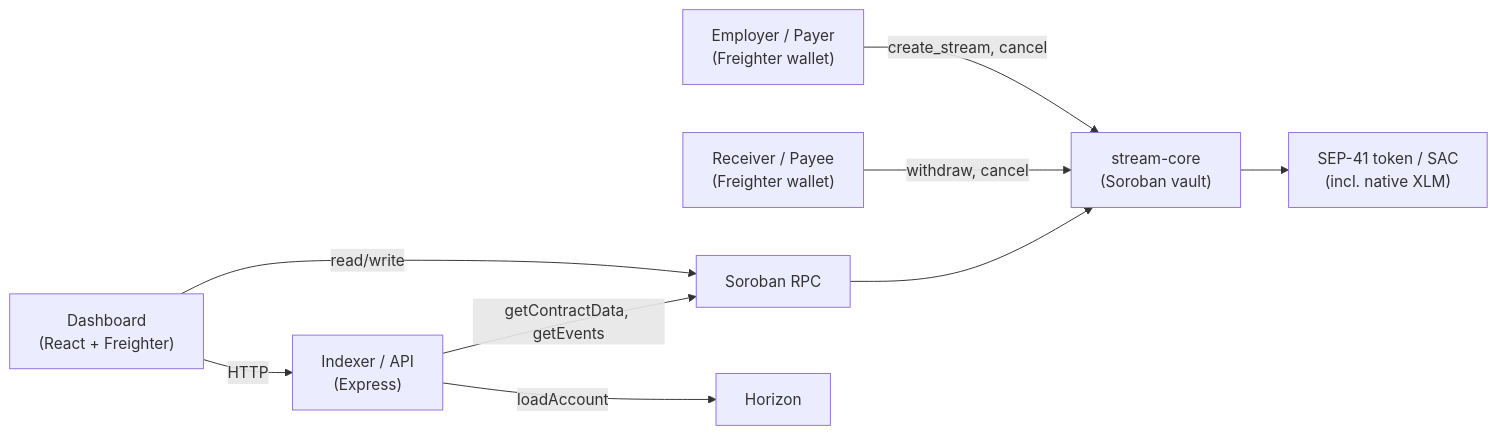
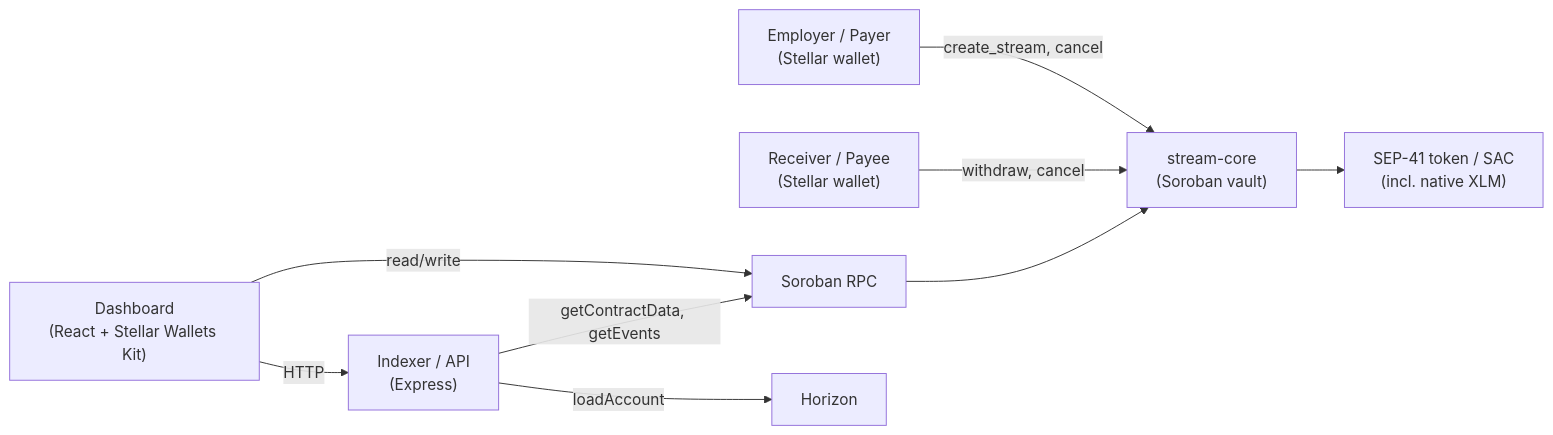
Before and after one commit to SorobanStream-Network/stellar-stream-pay: the first of 3 diagrams in docs/architecture.md, drawn with Mermaid. The commit also changed other lines of this file and 3 other files, not shown here.

````diff
--- a/docs/architecture.md
+++ b/docs/architecture.md
@@ -17,14 +17,14 @@
 ```mermaid
 flowchart LR
-    Payer["Employer / Payer<br/>(Freighter wallet)"] -->|create_stream, cancel| CORE["stream-core<br/>(Soroban vault)"]
-    Payee["Receiver / Payee<br/>(Freighter wallet)"] -->|withdraw, cancel| CORE
+    Payer["Employer / Payer<br/>(Stellar wallet)"] -->|create_stream, cancel| CORE["stream-core<br/>(Soroban vault)"]
+    Payee["Receiver / Payee<br/>(Stellar wallet)"] -->|withdraw, cancel| CORE
 
-    DApp["Dashboard<br/>(React + Freighter)"] -->|read/write| RPC["Soroban RPC"]
+    DApp["Dashboard<br/>(React + Stellar Wallets Kit)"] -->|read/write| RPC["Soroban RPC"]
     DApp -->|HTTP| API["Indexer / API<br/>(Express)"]
 
     API -->|getContractData, getEvents| RPC
     API -->|loadAccount| HORIZON["Horizon"]
 
     RPC --> CORE
     CORE --> TOKEN["SEP-41 token / SAC<br/>(incl. native XLM)"]
 ```
````
